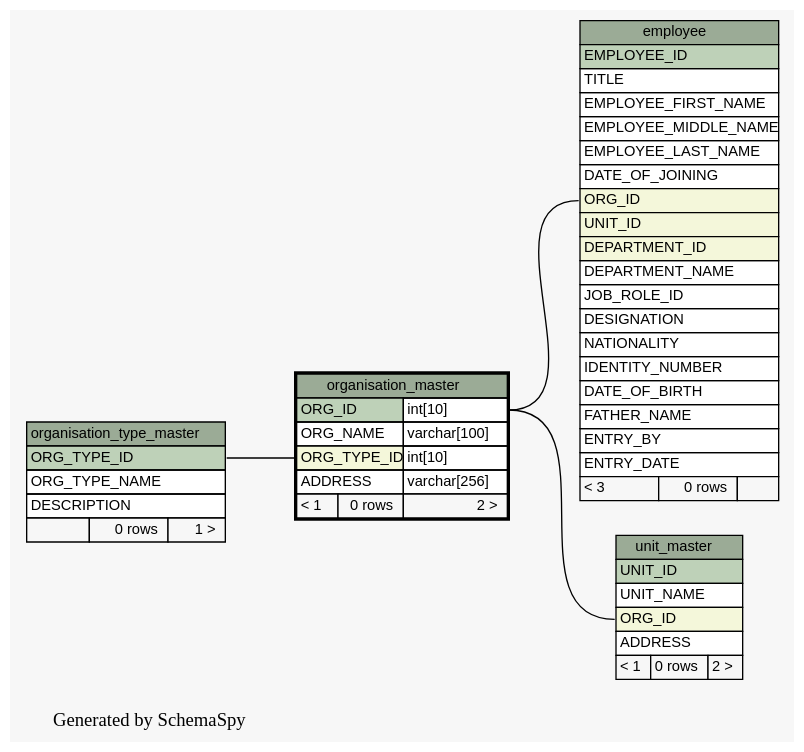
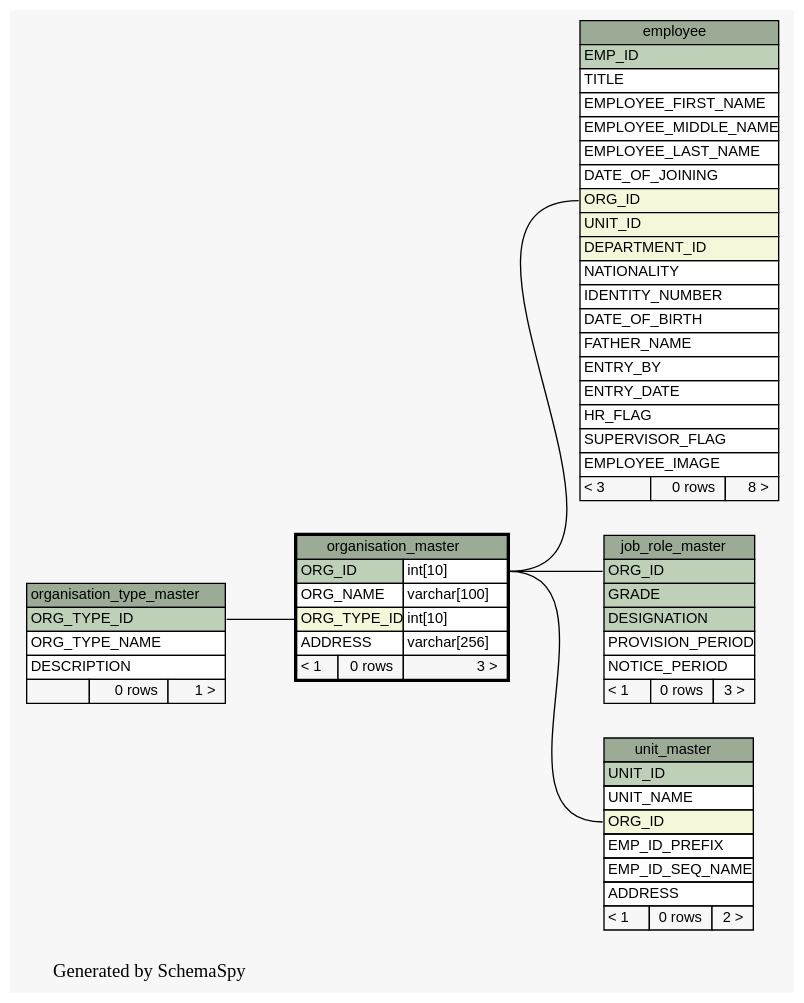
The diagram in docs/database/schemaspy/graphs/organisation_master.1degree.dot (engineerscraft/hrms), drawn with Graphviz before and after one commit. The commit also changed 168 other files, not shown here.

Commit message:
Database script modified and schemaspy doc generated

```diff
--- a/docs/database/schemaspy/graphs/organisation_master.1degree.dot
+++ b/docs/database/schemaspy/graphs/organisation_master.1degree.dot
@@ -1,85 +1,102 @@
 // dot 2.38.0 on Windows 7 6.1
 digraph "oneDegreeRelationshipsGraph" {
   graph [
     rankdir="RL"
     bgcolor="#f7f7f7"
     label="\nGenerated by SchemaSpy"
     labeljust="l"
   ];
   node [
     fontname="Helvetica"
     fontsize="11"
     shape="plaintext"
   ];
   edge [
     arrowsize="0.8"
   ];
   "employee":"ORG_ID":w -> "organisation_master":"ORG_ID.type":e [arrowtail=crowodot arrowhead=none];
+  "job_role_master":"ORG_ID":w -> "organisation_master":"ORG_ID.type":e [arrowtail=crowtee arrowhead=none];
   "organisation_master":"ORG_TYPE_ID":w -> "organisation_type_master":"ORG_TYPE_ID":e [arrowtail=crowodot arrowhead=none];
   "unit_master":"ORG_ID":w -> "organisation_master":"ORG_ID.type":e [arrowtail=crowodot arrowhead=none];
   "employee" [
     label=<
     <TABLE BORDER="0" CELLBORDER="1" CELLSPACING="0" BGCOLOR="#ffffff">
       <TR><TD PORT="employee.heading" COLSPAN="3" BGCOLOR="#9bab96" ALIGN="CENTER">employee</TD></TR>
-      <TR><TD PORT="EMPLOYEE_ID" COLSPAN="3" BGCOLOR="#bed1b8" ALIGN="LEFT">EMPLOYEE_ID</TD></TR>
+      <TR><TD PORT="EMP_ID" COLSPAN="3" BGCOLOR="#bed1b8" ALIGN="LEFT">EMP_ID</TD></TR>
       <TR><TD PORT="TITLE" COLSPAN="3" ALIGN="LEFT">TITLE</TD></TR>
       <TR><TD PORT="EMPLOYEE_FIRST_NAME" COLSPAN="3" ALIGN="LEFT">EMPLOYEE_FIRST_NAME</TD></TR>
       <TR><TD PORT="EMPLOYEE_MIDDLE_NAME" COLSPAN="3" ALIGN="LEFT">EMPLOYEE_MIDDLE_NAME</TD></TR>
       <TR><TD PORT="EMPLOYEE_LAST_NAME" COLSPAN="3" ALIGN="LEFT">EMPLOYEE_LAST_NAME</TD></TR>
       <TR><TD PORT="DATE_OF_JOINING" COLSPAN="3" ALIGN="LEFT">DATE_OF_JOINING</TD></TR>
       <TR><TD PORT="ORG_ID" COLSPAN="3" BGCOLOR="#f4f7da" ALIGN="LEFT">ORG_ID</TD></TR>
       <TR><TD PORT="UNIT_ID" COLSPAN="3" BGCOLOR="#f4f7da" ALIGN="LEFT">UNIT_ID</TD></TR>
       <TR><TD PORT="DEPARTMENT_ID" COLSPAN="3" BGCOLOR="#f4f7da" ALIGN="LEFT">DEPARTMENT_ID</TD></TR>
-      <TR><TD PORT="DEPARTMENT_NAME" COLSPAN="3" ALIGN="LEFT">DEPARTMENT_NAME</TD></TR>
-      <TR><TD PORT="JOB_ROLE_ID" COLSPAN="3" ALIGN="LEFT">JOB_ROLE_ID</TD></TR>
-      <TR><TD PORT="DESIGNATION" COLSPAN="3" ALIGN="LEFT">DESIGNATION</TD></TR>
       <TR><TD PORT="NATIONALITY" COLSPAN="3" ALIGN="LEFT">NATIONALITY</TD></TR>
       <TR><TD PORT="IDENTITY_NUMBER" COLSPAN="3" ALIGN="LEFT">IDENTITY_NUMBER</TD></TR>
       <TR><TD PORT="DATE_OF_BIRTH" COLSPAN="3" ALIGN="LEFT">DATE_OF_BIRTH</TD></TR>
       <TR><TD PORT="FATHER_NAME" COLSPAN="3" ALIGN="LEFT">FATHER_NAME</TD></TR>
       <TR><TD PORT="ENTRY_BY" COLSPAN="3" ALIGN="LEFT">ENTRY_BY</TD></TR>
       <TR><TD PORT="ENTRY_DATE" COLSPAN="3" ALIGN="LEFT">ENTRY_DATE</TD></TR>
-      <TR><TD ALIGN="LEFT" BGCOLOR="#f7f7f7">&lt; 3</TD><TD ALIGN="RIGHT" BGCOLOR="#f7f7f7">0 rows</TD><TD ALIGN="RIGHT" BGCOLOR="#f7f7f7">  </TD></TR>
+      <TR><TD PORT="HR_FLAG" COLSPAN="3" ALIGN="LEFT">HR_FLAG</TD></TR>
+      <TR><TD PORT="SUPERVISOR_FLAG" COLSPAN="3" ALIGN="LEFT">SUPERVISOR_FLAG</TD></TR>
+      <TR><TD PORT="EMPLOYEE_IMAGE" COLSPAN="3" ALIGN="LEFT">EMPLOYEE_IMAGE</TD></TR>
+      <TR><TD ALIGN="LEFT" BGCOLOR="#f7f7f7">&lt; 3</TD><TD ALIGN="RIGHT" BGCOLOR="#f7f7f7">0 rows</TD><TD ALIGN="RIGHT" BGCOLOR="#f7f7f7">8 &gt;</TD></TR>
     </TABLE>>
     URL="employee.html#graph"
     tooltip="employee"
+  ];
+  "job_role_master" [
+    label=<
+    <TABLE BORDER="0" CELLBORDER="1" CELLSPACING="0" BGCOLOR="#ffffff">
+      <TR><TD PORT="job_role_master.heading" COLSPAN="3" BGCOLOR="#9bab96" ALIGN="CENTER">job_role_master</TD></TR>
+      <TR><TD PORT="ORG_ID" COLSPAN="3" BGCOLOR="#bed1b8" ALIGN="LEFT">ORG_ID</TD></TR>
+      <TR><TD PORT="GRADE" COLSPAN="3" BGCOLOR="#bed1b8" ALIGN="LEFT">GRADE</TD></TR>
+      <TR><TD PORT="DESIGNATION" COLSPAN="3" BGCOLOR="#bed1b8" ALIGN="LEFT">DESIGNATION</TD></TR>
+      <TR><TD PORT="PROVISION_PERIOD" COLSPAN="3" ALIGN="LEFT">PROVISION_PERIOD</TD></TR>
+      <TR><TD PORT="NOTICE_PERIOD" COLSPAN="3" ALIGN="LEFT">NOTICE_PERIOD</TD></TR>
+      <TR><TD ALIGN="LEFT" BGCOLOR="#f7f7f7">&lt; 1</TD><TD ALIGN="RIGHT" BGCOLOR="#f7f7f7">0 rows</TD><TD ALIGN="RIGHT" BGCOLOR="#f7f7f7">3 &gt;</TD></TR>
+    </TABLE>>
+    URL="job_role_master.html#graph"
+    tooltip="job_role_master"
   ];
   "organisation_master" [
     label=<
     <TABLE BORDER="2" CELLBORDER="1" CELLSPACING="0" BGCOLOR="#ffffff">
       <TR><TD PORT="organisation_master.heading" COLSPAN="3" BGCOLOR="#9bab96" ALIGN="CENTER">organisation_master</TD></TR>
       <TR><TD PORT="ORG_ID" COLSPAN="2" BGCOLOR="#bed1b8" ALIGN="LEFT">ORG_ID</TD><TD PORT="ORG_ID.type" ALIGN="LEFT">int[10]</TD></TR>
       <TR><TD PORT="ORG_NAME" COLSPAN="2" ALIGN="LEFT">ORG_NAME</TD><TD PORT="ORG_NAME.type" ALIGN="LEFT">varchar[100]</TD></TR>
       <TR><TD PORT="ORG_TYPE_ID" COLSPAN="2" BGCOLOR="#f4f7da" ALIGN="LEFT">ORG_TYPE_ID</TD><TD PORT="ORG_TYPE_ID.type" ALIGN="LEFT">int[10]</TD></TR>
       <TR><TD PORT="ADDRESS" COLSPAN="2" ALIGN="LEFT">ADDRESS</TD><TD PORT="ADDRESS.type" ALIGN="LEFT">varchar[256]</TD></TR>
-      <TR><TD ALIGN="LEFT" BGCOLOR="#f7f7f7">&lt; 1</TD><TD ALIGN="RIGHT" BGCOLOR="#f7f7f7">0 rows</TD><TD ALIGN="RIGHT" BGCOLOR="#f7f7f7">2 &gt;</TD></TR>
+      <TR><TD ALIGN="LEFT" BGCOLOR="#f7f7f7">&lt; 1</TD><TD ALIGN="RIGHT" BGCOLOR="#f7f7f7">0 rows</TD><TD ALIGN="RIGHT" BGCOLOR="#f7f7f7">3 &gt;</TD></TR>
     </TABLE>>
     URL="organisation_master.html#"
     tooltip="organisation_master"
   ];
   "organisation_type_master" [
     label=<
     <TABLE BORDER="0" CELLBORDER="1" CELLSPACING="0" BGCOLOR="#ffffff">
       <TR><TD PORT="organisation_type_master.heading" COLSPAN="3" BGCOLOR="#9bab96" ALIGN="CENTER">organisation_type_master</TD></TR>
       <TR><TD PORT="ORG_TYPE_ID" COLSPAN="3" BGCOLOR="#bed1b8" ALIGN="LEFT">ORG_TYPE_ID</TD></TR>
       <TR><TD PORT="ORG_TYPE_NAME" COLSPAN="3" ALIGN="LEFT">ORG_TYPE_NAME</TD></TR>
       <TR><TD PORT="DESCRIPTION" COLSPAN="3" ALIGN="LEFT">DESCRIPTION</TD></TR>
       <TR><TD ALIGN="LEFT" BGCOLOR="#f7f7f7">  </TD><TD ALIGN="RIGHT" BGCOLOR="#f7f7f7">0 rows</TD><TD ALIGN="RIGHT" BGCOLOR="#f7f7f7">1 &gt;</TD></TR>
     </TABLE>>
     URL="organisation_type_master.html#graph"
     tooltip="organisation_type_master"
   ];
   "unit_master" [
     label=<
     <TABLE BORDER="0" CELLBORDER="1" CELLSPACING="0" BGCOLOR="#ffffff">
       <TR><TD PORT="unit_master.heading" COLSPAN="3" BGCOLOR="#9bab96" ALIGN="CENTER">unit_master</TD></TR>
       <TR><TD PORT="UNIT_ID" COLSPAN="3" BGCOLOR="#bed1b8" ALIGN="LEFT">UNIT_ID</TD></TR>
       <TR><TD PORT="UNIT_NAME" COLSPAN="3" ALIGN="LEFT">UNIT_NAME</TD></TR>
       <TR><TD PORT="ORG_ID" COLSPAN="3" BGCOLOR="#f4f7da" ALIGN="LEFT">ORG_ID</TD></TR>
+      <TR><TD PORT="EMP_ID_PREFIX" COLSPAN="3" ALIGN="LEFT">EMP_ID_PREFIX</TD></TR>
+      <TR><TD PORT="EMP_ID_SEQ_NAME" COLSPAN="3" ALIGN="LEFT">EMP_ID_SEQ_NAME</TD></TR>
       <TR><TD PORT="ADDRESS" COLSPAN="3" ALIGN="LEFT">ADDRESS</TD></TR>
       <TR><TD ALIGN="LEFT" BGCOLOR="#f7f7f7">&lt; 1</TD><TD ALIGN="RIGHT" BGCOLOR="#f7f7f7">0 rows</TD><TD ALIGN="RIGHT" BGCOLOR="#f7f7f7">2 &gt;</TD></TR>
     </TABLE>>
     URL="unit_master.html#graph"
     tooltip="unit_master"
   ];
 }
```
